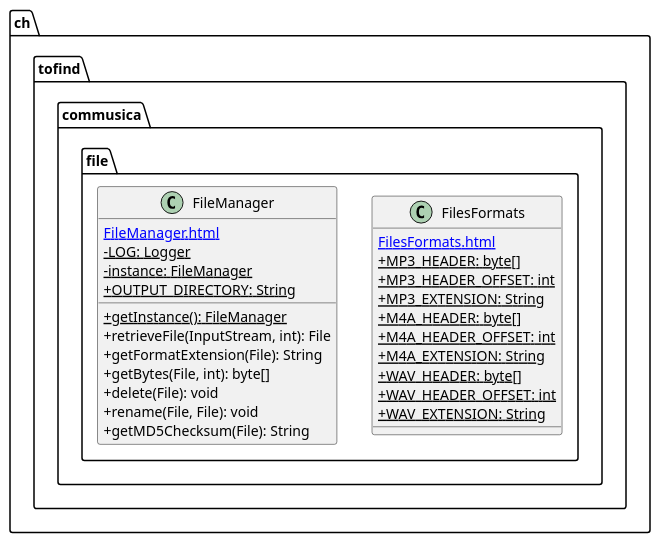
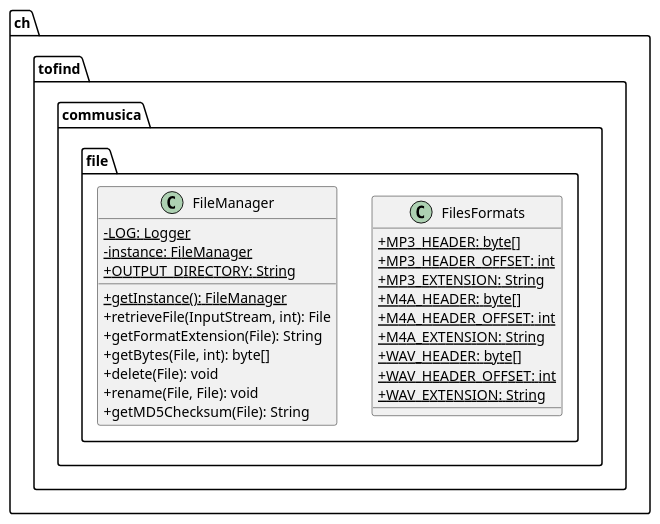
Before and after one commit to heig-vd-pro2017/projet: the diagram in doc/PRO/UML/file.puml, drawn with PlantUML. The commit also changed 8 other files, not shown here.

```diff
--- a/doc/PRO/UML/file.puml
+++ b/doc/PRO/UML/file.puml
@@ -1,36 +1,34 @@
 @startuml
 
     skinparam classAttributeIconSize 0
 
     namespace ch.tofind.commusica.file {
 
         class FilesFormats {
-            [[FilesFormats.html]]
             {static} +MP3_HEADER: byte[]
             {static} +MP3_HEADER_OFFSET: int
             {static} +MP3_EXTENSION: String
             {static} +M4A_HEADER: byte[]
             {static} +M4A_HEADER_OFFSET: int
             {static} +M4A_EXTENSION: String
             {static} +WAV_HEADER: byte[]
             {static} +WAV_HEADER_OFFSET: int
             {static} +WAV_EXTENSION: String
         }
 
         class FileManager {
-            [[FileManager.html]]
             {static} -LOG: Logger
             {static} -instance: FileManager
             {static} +OUTPUT_DIRECTORY: String
             {static} +getInstance(): FileManager
             +retrieveFile(InputStream, int): File
             +getFormatExtension(File): String
             +getBytes(File, int): byte[]
             +delete(File): void
             +rename(File, File): void
             +getMD5Checksum(File): String
         }
 
     }
 
 @enduml
```
